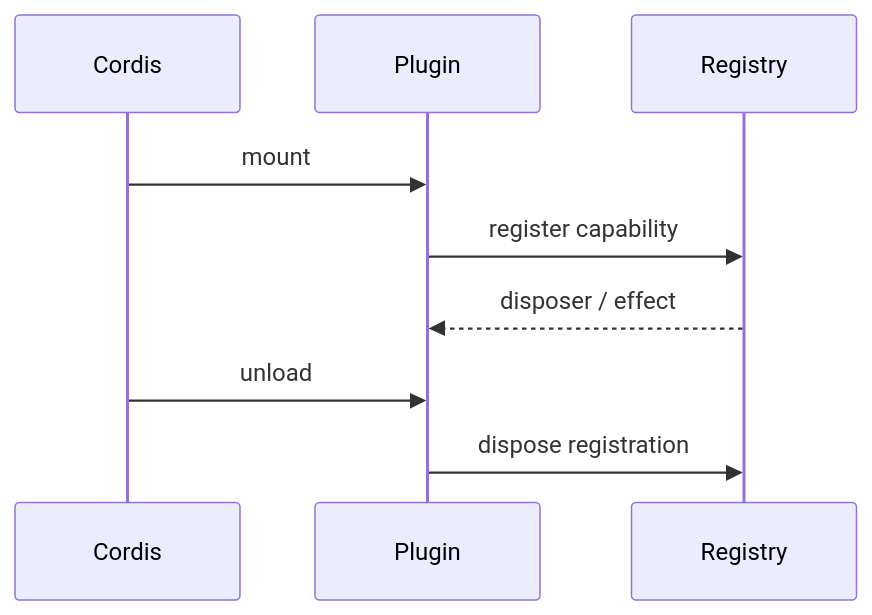
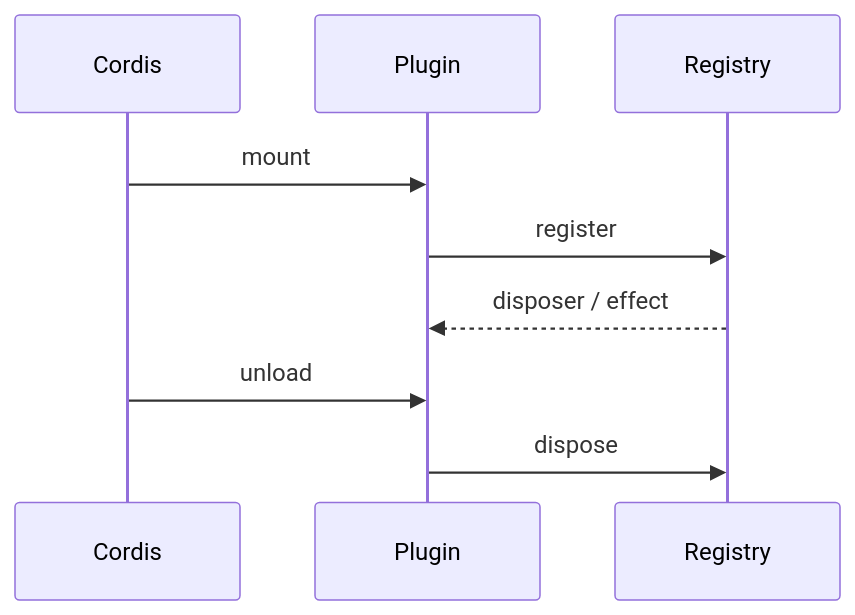
The third of 4 diagrams in docs/deepseek/architecture.md (indigofeather/harness-book), drawn with Mermaid before and after one commit. The commit also changed other lines of this file and 48 other files, not shown here.

````diff
--- a/docs/deepseek/architecture.md
+++ b/docs/deepseek/architecture.md
@@ -147,11 +110,11 @@
 ```mermaid
 sequenceDiagram
   participant C as Cordis
   participant P as Plugin
   participant R as Registry
   C->>P: mount
-  P->>R: register capability
+  P->>R: register
   R-->>P: disposer / effect
   C->>P: unload
-  P->>R: dispose registration
+  P->>R: dispose
 ```
````
